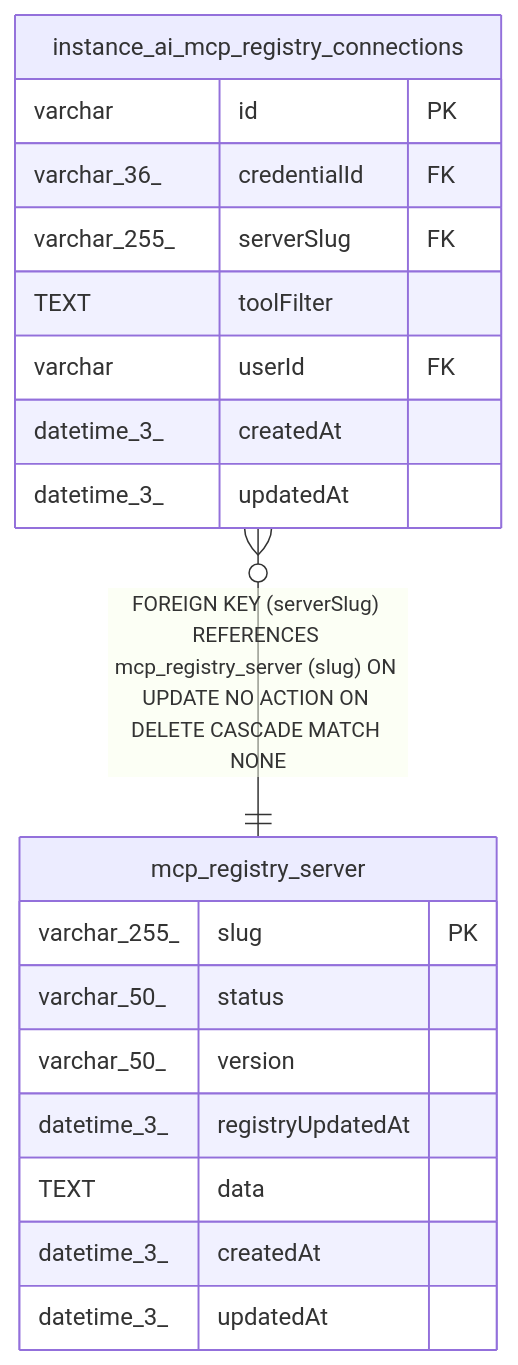
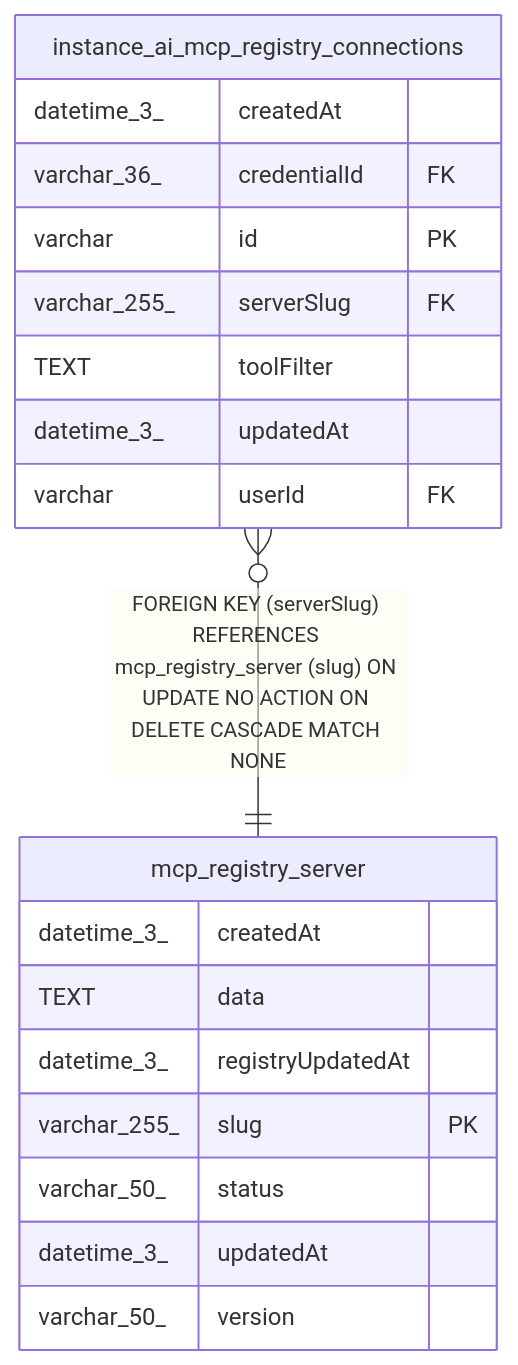
One commit to mayankjain1815-commits/n8n changed the diagram in docs/generated/sqlite-schema/mcp_registry_server.md. Above: the diagram before and after it, drawn with Mermaid. The commit also changed other lines of this file and 221 other files, not shown here.

Commit message:
chore(core): Make DB schema docs generation deterministic (#32373)

````diff
--- a/docs/generated/sqlite-schema/mcp_registry_server.md
+++ b/docs/generated/sqlite-schema/mcp_registry_server.md
@@ -42,24 +42,24 @@
 ```mermaid
 erDiagram
 
 "instance_ai_mcp_registry_connections" }o--|| "mcp_registry_server" : "FOREIGN KEY (serverSlug) REFERENCES mcp_registry_server (slug) ON UPDATE NO ACTION ON DELETE CASCADE MATCH NONE"
 
 "mcp_registry_server" {
+  datetime_3_ createdAt
+  TEXT data
+  datetime_3_ registryUpdatedAt
   varchar_255_ slug PK
   varchar_50_ status
+  datetime_3_ updatedAt
   varchar_50_ version
-  datetime_3_ registryUpdatedAt
-  TEXT data
-  datetime_3_ createdAt
-  datetime_3_ updatedAt
 }
 "instance_ai_mcp_registry_connections" {
+  datetime_3_ createdAt
+  varchar_36_ credentialId FK
   varchar id PK
-  varchar_36_ credentialId FK
   varchar_255_ serverSlug FK
   TEXT toolFilter
+  datetime_3_ updatedAt
   varchar userId FK
-  datetime_3_ createdAt
-  datetime_3_ updatedAt
 }
 ```
````
